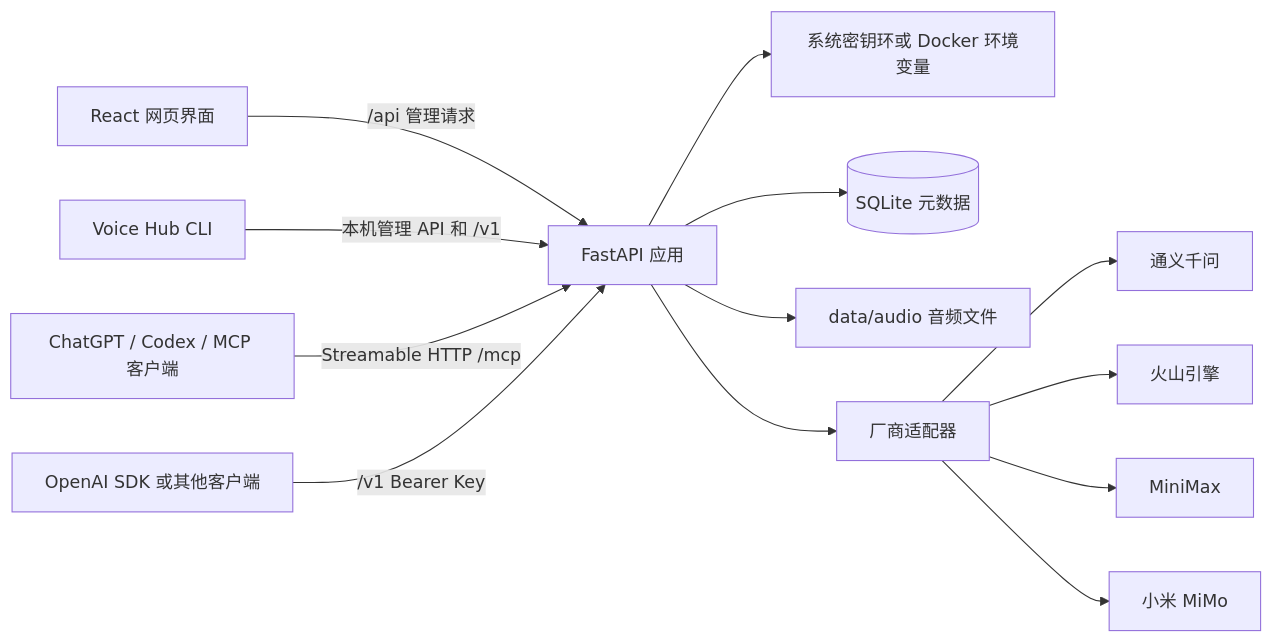
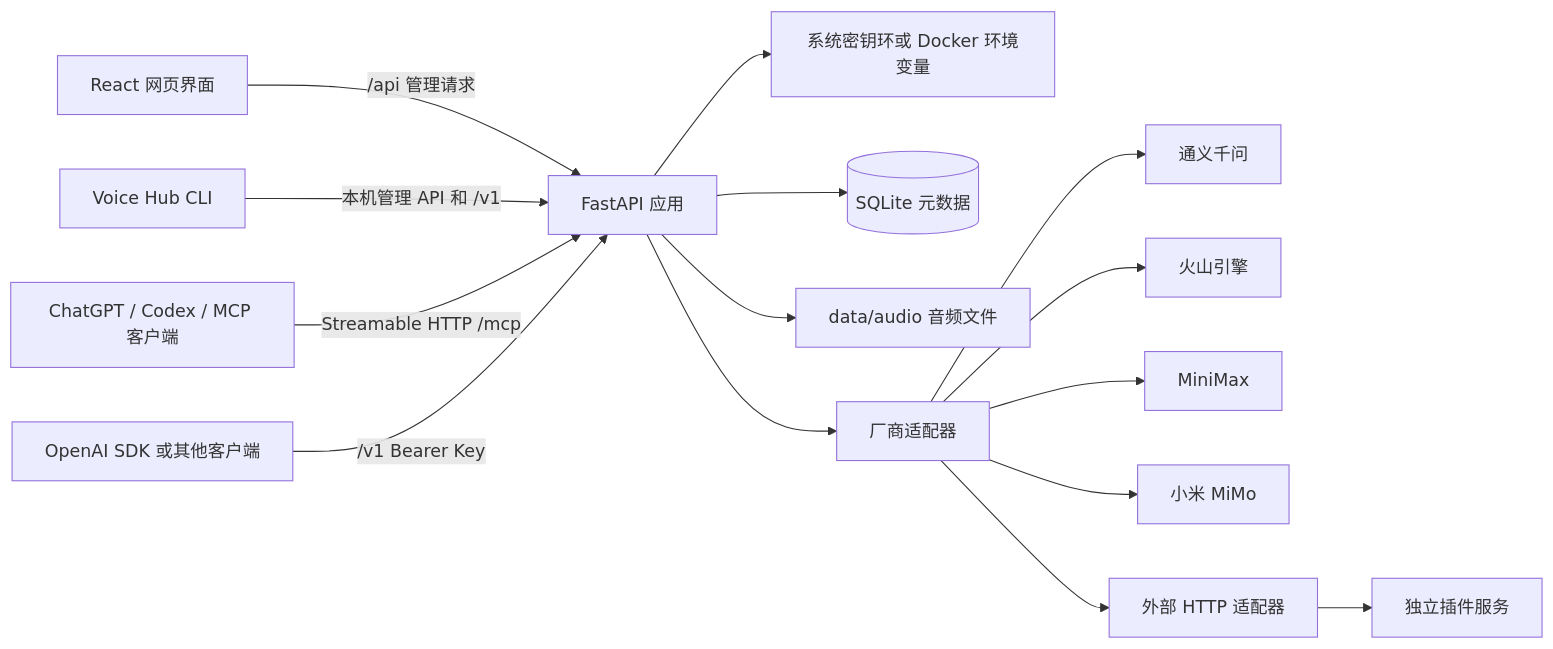
One commit to RainyHorizon/voice-hub changed the first of 2 diagrams in docs/ARCHITECTURE.md. Above: the diagram before and after it, drawn with Mermaid. The commit also changed other lines of this file and 10 other files, not shown here.

````diff
--- a/docs/ARCHITECTURE.md
+++ b/docs/ARCHITECTURE.md
@@ -5,15 +5,17 @@
 ```mermaid
 flowchart LR
     Browser[React 网页界面] -->|/api 管理请求| API[FastAPI 应用]
     CLI[Voice Hub CLI] -->|本机管理 API 和 /v1| API
     Agent[ChatGPT / Codex / MCP 客户端] -->|Streamable HTTP /mcp| API
     Client[OpenAI SDK 或其他客户端] -->|/v1 Bearer Key| API
     API --> Credential[系统密钥环或 Docker 环境变量]
     API --> DB[(SQLite 元数据)]
     API --> Files[data/audio 音频文件]
     API --> Providers[厂商适配器]
     Providers --> Qwen[通义千问]
     Providers --> Volc[火山引擎]
     Providers --> MiniMax[MiniMax]
     Providers --> MiMo[小米 MiMo]
+    Providers --> External[外部 HTTP 适配器]
+    External --> Plugin[独立插件服务]
 ```
````
